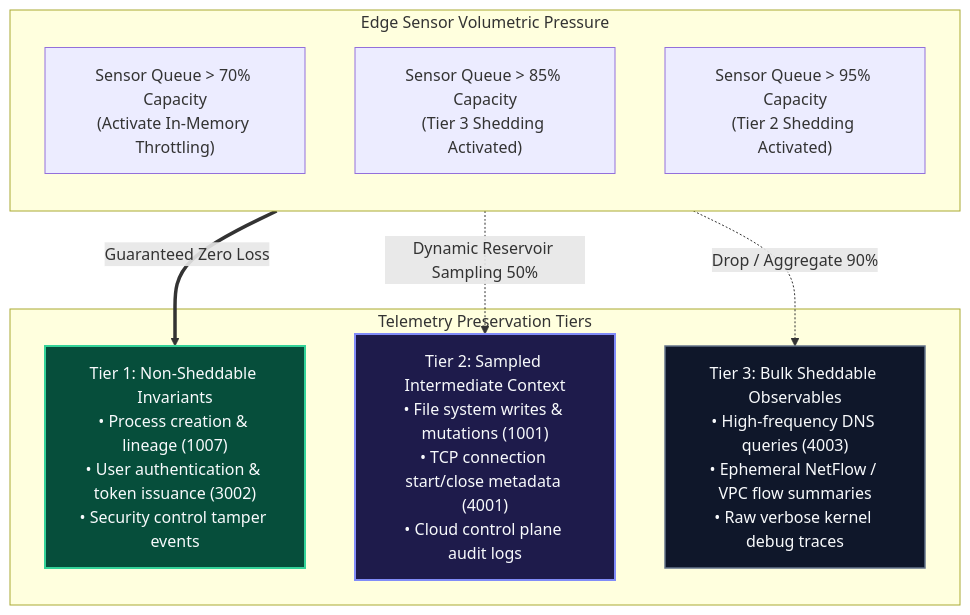
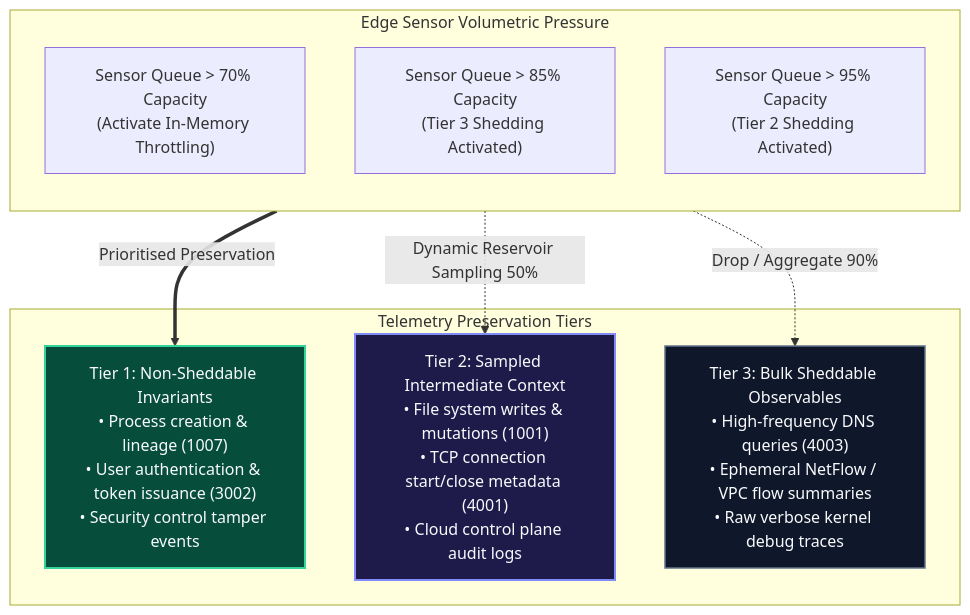
Before and after one commit to Haribu/TIDIR: the third of 3 diagrams in docs/architecture/03-layer-1-data-sources.md, drawn with Mermaid. The commit also changed other lines of this file and 4 other files, not shown here.

Commit message:
refactor(claims): tighten architectural claims, purge absolutist guarantees, update AGENTS.md guidelines

````diff
--- a/docs/architecture/03-layer-1-data-sources.md
+++ b/docs/architecture/03-layer-1-data-sources.md
@@ -198,24 +198,24 @@
 ```mermaid
 flowchart TB
   %% Priority Tiers
   classDef crit fill:#064e3b,stroke:#34d399,stroke-width:2px,color:#f8fafc;
   classDef med fill:#1e1b4b,stroke:#818cf8,stroke-width:2px,color:#f8fafc;
   classDef bulk fill:#0f172a,stroke:#64748b,stroke-width:1.5px,color:#f8fafc;
 
   subgraph STRESS ["Edge Sensor Volumetric Pressure"]
     direction TB
     S1["Sensor Queue > 70% Capacity\n(Activate In-Memory Throttling)"]
     S2["Sensor Queue > 85% Capacity\n(Tier 3 Shedding Activated)"]
     S3["Sensor Queue > 95% Capacity\n(Tier 2 Shedding Activated)"]
   end
 
   subgraph TIERS ["Telemetry Preservation Tiers"]
     T1["Tier 1: Non-Sheddable Invariants\n• Process creation & lineage (1007)\n• User authentication & token issuance (3002)\n• Security control tamper events"]:::crit
     T2["Tier 2: Sampled Intermediate Context\n• File system writes & mutations (1001)\n• TCP connection start/close metadata (4001)\n• Cloud control plane audit logs"]:::med
     T3["Tier 3: Bulk Sheddable Observables\n• High-frequency DNS queries (4003)\n• Ephemeral NetFlow / VPC flow summaries\n• Raw verbose kernel debug traces"]:::bulk
   end
 
   S2 -.->|Drop / Aggregate 90%| T3
   S3 -.->|Dynamic Reservoir Sampling 50%| T2
-  STRESS ==>|Guaranteed Zero Loss| T1
+  STRESS ==>|Prioritised Preservation| T1
 ```
````
